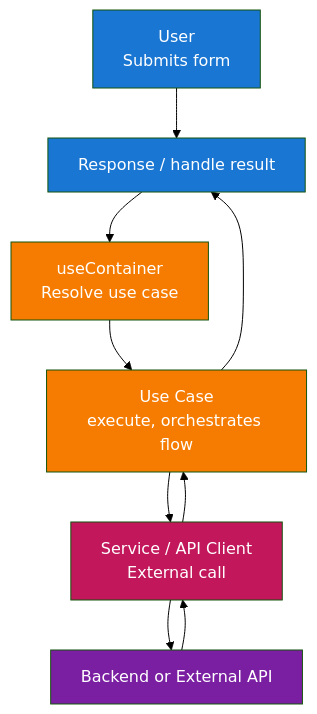
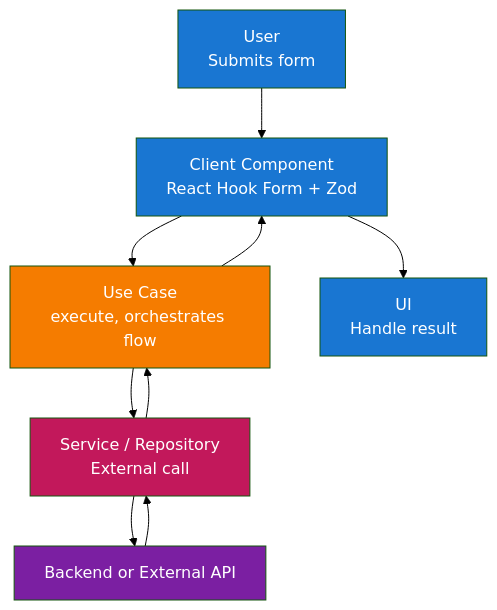
Before and after one commit to thinhtran3588/nextjs-starter-kit: the fourth of 4 diagrams in docs/architecture.md, drawn with Mermaid (forest theme). The commit also changed other lines of this file and 208 other files, not shown here.

First line of the commit message:
refactor: reorganize modules into Clean Architecture layers (#36)

````diff
--- a/docs/architecture.md
+++ b/docs/architecture.md
@@ -103,18 +133,18 @@
 ```mermaid
 flowchart TD
-    User[User<br/>Submits form] --> Component[Client Component<br/>Form with RHF + Zod]
-    Component --> Resolve[useContainer<br/>Resolve use case]
-    Resolve --> UseCase[Use Case<br/>execute, orchestrates flow]
-    UseCase --> Service[Service / API Client<br/>External call]
+    User[User<br/>Submits form] --> Component[Client Component<br/>React Hook Form + Zod]
+    Component --> UseCase[Use Case<br/>execute, orchestrates flow]
+    UseCase --> Service[Service / Repository<br/>External call]
     Service --> Backend[Backend or External API]
     Backend --> Service
     Service --> UseCase
-    UseCase --> Component[Response / handle result]
+    UseCase --> Component
+    Component --> UI[UI<br/>Handle result]
 
     style User fill:#1976d2,color:#fff
     style Component fill:#1976d2,color:#fff
-    style Resolve fill:#f57c00,color:#fff
     style UseCase fill:#f57c00,color:#fff
     style Service fill:#c2185b,color:#fff
     style Backend fill:#7b1fa2,color:#fff
+    style UI fill:#1976d2,color:#fff
 ```
````
